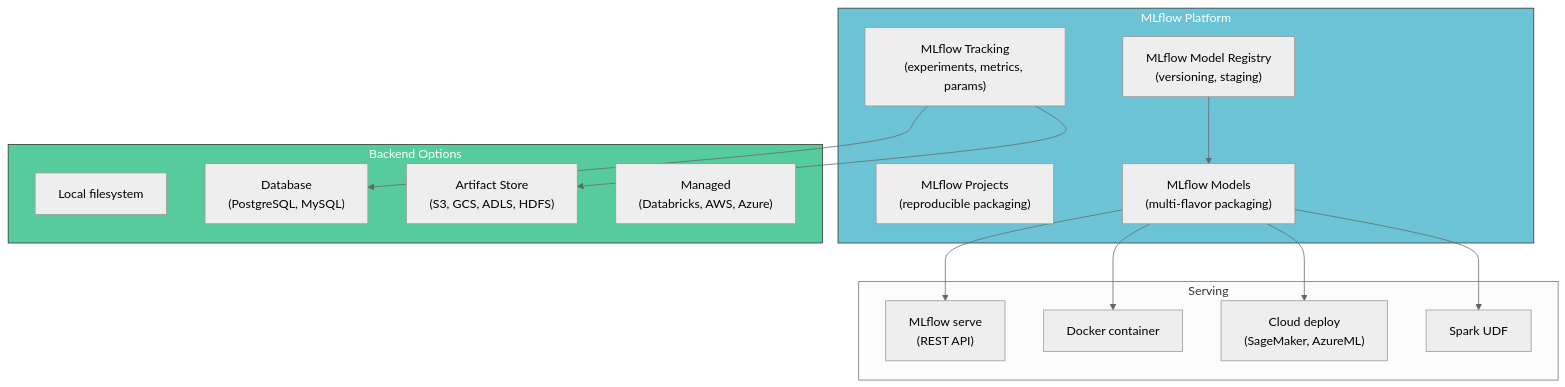
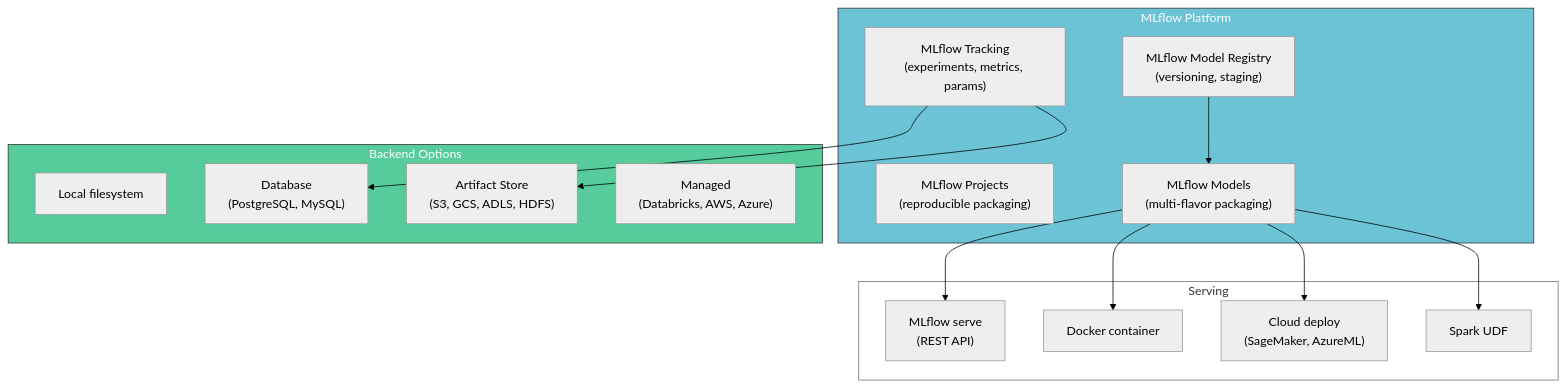
Before and after one commit to tanquangduong/tanquangduong.github.io: the first of 10 diagrams in posts/aiops-interview/MLOps-Interview-QA-5.qmd, drawn with Mermaid (neutral theme). The commit also changed other lines of this file and 204 other files, not shown here.

````diff
--- a/posts/aiops-interview/MLOps-Interview-QA-5.qmd
+++ b/posts/aiops-interview/MLOps-Interview-QA-5.qmd
@@ -35,34 +35,36 @@
 ```{mermaid}
 graph TD
+    linkStyle default stroke:#000,color:#000
     subgraph MLflow["MLflow Platform"]
         TRACKING["MLflow Tracking<br/>(experiments, metrics, params)"]
         PROJECTS["MLflow Projects<br/>(reproducible packaging)"]
         MODELS["MLflow Models<br/>(multi-flavor packaging)"]
         REGISTRY["MLflow Model Registry<br/>(versioning, staging)"]
     end
 
     subgraph Backends["Backend Options"]
         LOCAL["Local filesystem"]
         DB["Database<br/>(PostgreSQL, MySQL)"]
         S3_ART["Artifact Store<br/>(S3, GCS, ADLS, HDFS)"]
         MANAGED["Managed<br/>(Databricks, AWS, Azure)"]
     end
 
     subgraph Serve["Serving"]
         REST["MLflow serve<br/>(REST API)"]
         DOCKER["Docker container"]
         CLOUD["Cloud deploy<br/>(SageMaker, AzureML)"]
         SPARK_S["Spark UDF"]
     end
 
     TRACKING --> DB
     TRACKING --> S3_ART
     MODELS --> REST
     MODELS --> DOCKER
     MODELS --> CLOUD
     MODELS --> SPARK_S
     REGISTRY --> MODELS
 
     style MLflow fill:#6cc3d5,stroke:#333,color:#fff
     style Backends fill:#56cc9d,stroke:#333,color:#fff
+    style Serve fill:#fff
 ```
````
